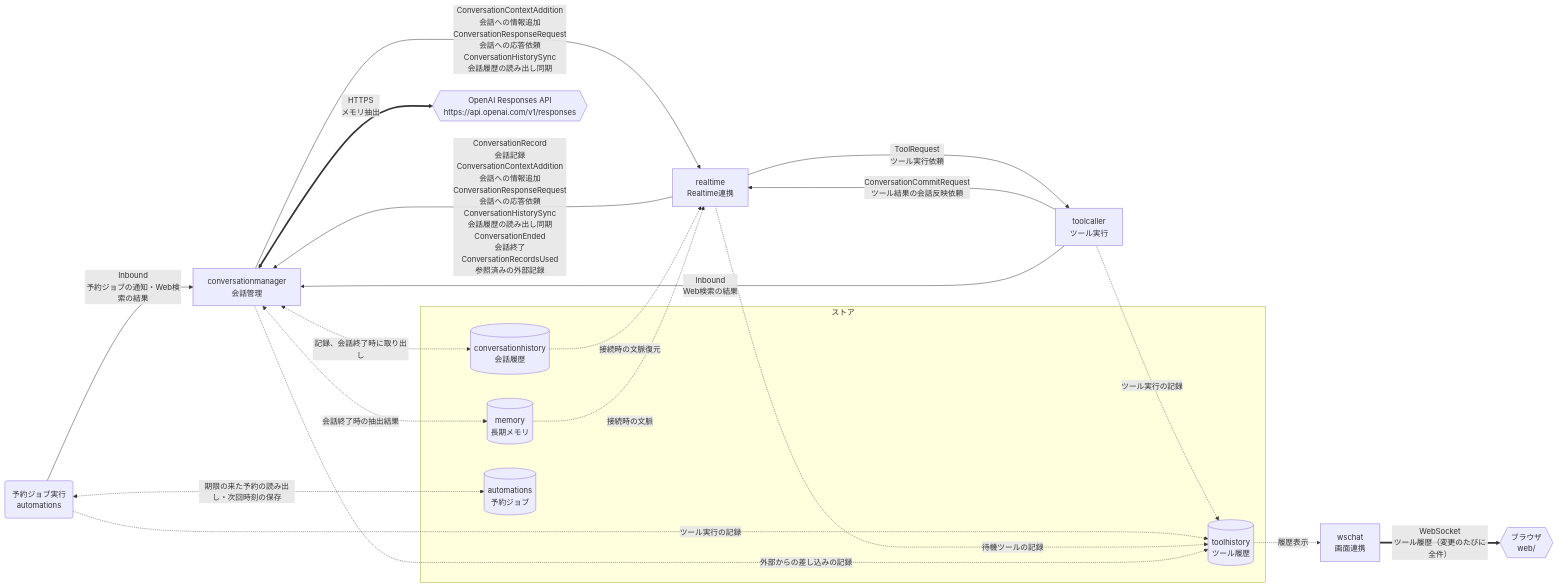
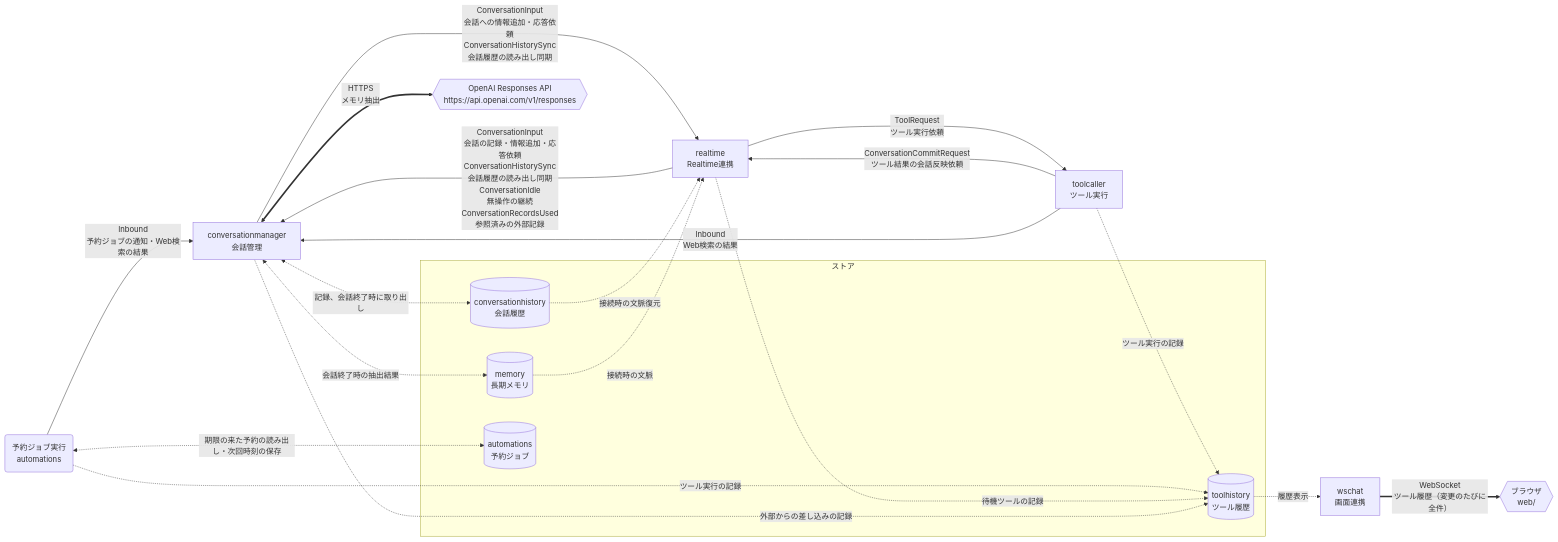
One commit to tetetratra/smart-speaker changed the second of 3 diagrams in README.md. Above: the diagram before and after it, drawn with Mermaid. The commit also changed 8 other files, not shown here.

````diff
--- a/README.md
+++ b/README.md
@@ -121,36 +121,36 @@
 ```mermaid
 flowchart LR
     manager["conversationmanager<br/>会話管理"]
     openaiResponses{{"OpenAI Responses API<br/>https://api.openai.com/v1/responses"}}
     rt["realtime<br/>Realtime連携"]
     tool["toolcaller<br/>ツール実行"]
     scheduler("予約ジョブ実行<br/>automations")
     chat["wschat<br/>画面連携"]
     browser{{"ブラウザ<br/>web/"}}
 
     subgraph g0["ストア"]
         historyStore[("conversationhistory<br/>会話履歴")]
         memoryStore[("memory<br/>長期メモリ")]
         toolHistoryStore[("toolhistory<br/>ツール履歴")]
         automationStore[("automations<br/>予約ジョブ")]
     end
 
     manager <==>|"HTTPS<br/>メモリ抽出"| openaiResponses
-    rt -->|"ConversationRecord<br/>会話記録<br/>ConversationContextAddition<br/>会話への情報追加<br/>ConversationResponseRequest<br/>会話への応答依頼<br/>ConversationHistorySync<br/>会話履歴の読み出し同期<br/>ConversationEnded<br/>会話終了<br/>ConversationRecordsUsed<br/>参照済みの外部記録"| manager
-    manager --->|"ConversationContextAddition<br/>会話への情報追加<br/>ConversationResponseRequest<br/>会話への応答依頼<br/>ConversationHistorySync<br/>会話履歴の読み出し同期"| rt
+    rt -->|"ConversationInput<br/>会話の記録・情報追加・応答依頼<br/>ConversationHistorySync<br/>会話履歴の読み出し同期<br/>ConversationIdle<br/>無操作の継続<br/>ConversationRecordsUsed<br/>参照済みの外部記録"| manager
+    manager --->|"ConversationInput<br/>会話への情報追加・応答依頼<br/>ConversationHistorySync<br/>会話履歴の読み出し同期"| rt
     rt -->|"ToolRequest<br/>ツール実行依頼"| tool
     tool --->|"ConversationCommitRequest<br/>ツール結果の会話反映依頼"| rt
     scheduler -->|"Inbound<br/>予約ジョブの通知・Web検索の結果"| manager
     tool -->|"Inbound<br/>Web検索の結果"| manager
     manager <-.->|"記録、会話終了時に取り出し"| historyStore
     historyStore -.->|"接続時の文脈復元"| rt
     memoryStore -.->|"接続時の文脈"| rt
     manager <-.->|"会話終了時の抽出結果"| memoryStore
     tool -.->|"ツール実行の記録"| toolHistoryStore
     scheduler -.->|"ツール実行の記録"| toolHistoryStore
     rt -.->|"待機ツールの記録"| toolHistoryStore
     manager -.->|"外部からの差し込みの記録"| toolHistoryStore
     toolHistoryStore -.->|"履歴表示"| chat
     chat ==>|"WebSocket<br/>ツール履歴（変更のたびに全件）"| browser
     scheduler <-.->|"期限の来た予約の読み出し・次回時刻の保存"| automationStore
 ```
````
